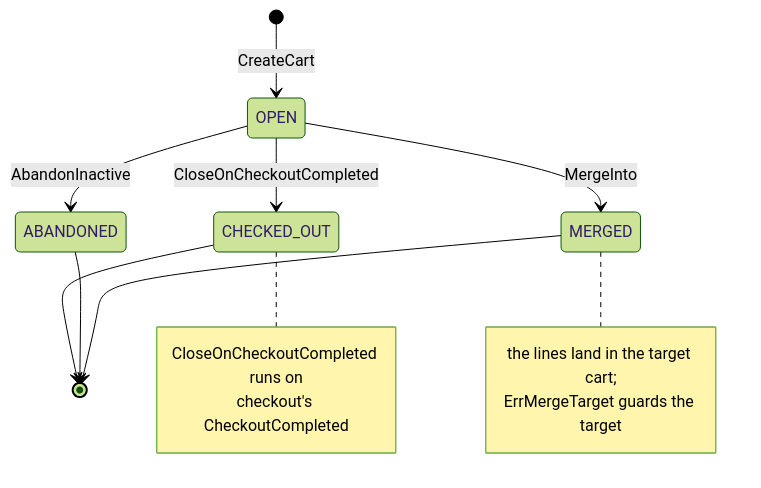
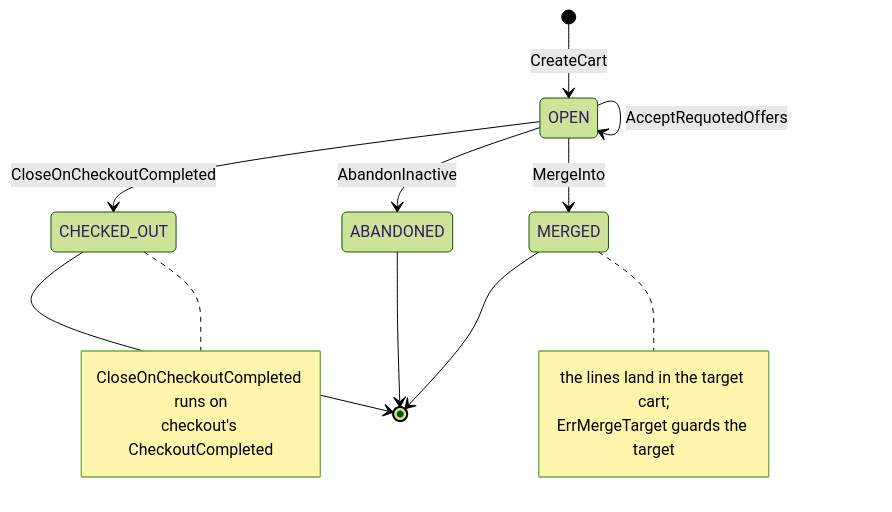
One commit to IQVO/warehouse-docs changed the diagram in storefront/docs/contexts/shopping-cart/aggregate-design-canvas.md. Above: the diagram before and after it, drawn with Mermaid (forest theme). The commit also changed other lines of this file and 16 other files, not shown here.

````diff
--- a/storefront/docs/contexts/shopping-cart/aggregate-design-canvas.md
+++ b/storefront/docs/contexts/shopping-cart/aggregate-design-canvas.md
@@ -47,18 +47,19 @@
 ```mermaid
 stateDiagram-v2
     [*] --> OPEN: CreateCart
     OPEN --> CHECKED_OUT: CloseOnCheckoutCompleted
     OPEN --> ABANDONED: AbandonInactive
     OPEN --> MERGED: MergeInto
+    OPEN --> OPEN: AcceptRequotedOffers
     CHECKED_OUT --> [*]
     ABANDONED --> [*]
     MERGED --> [*]
     note right of CHECKED_OUT
         CloseOnCheckoutCompleted runs on
         checkout's CheckoutCompleted
     end note
     note right of MERGED
         the lines land in the target cart;
         ErrMergeTarget guards the target
     end note
 ```
````
